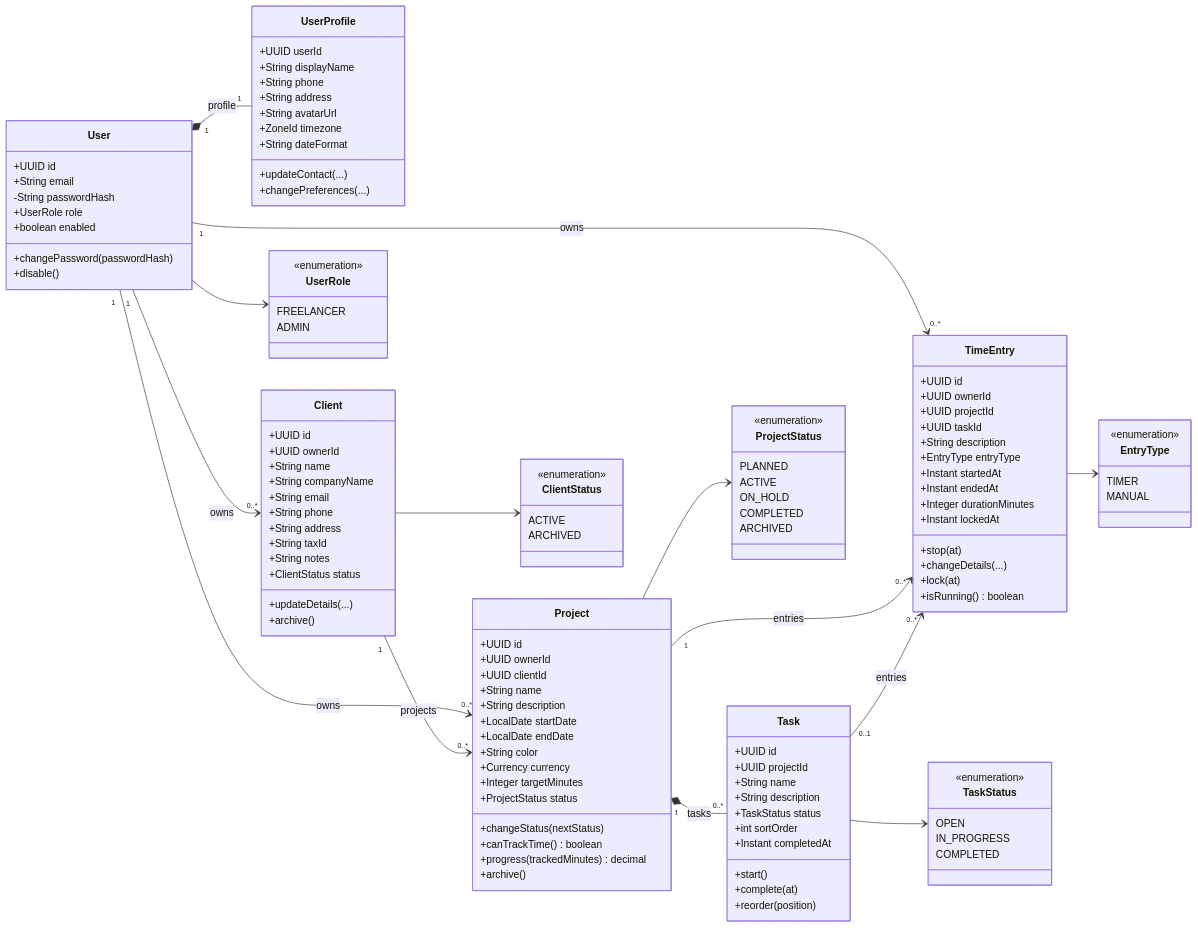
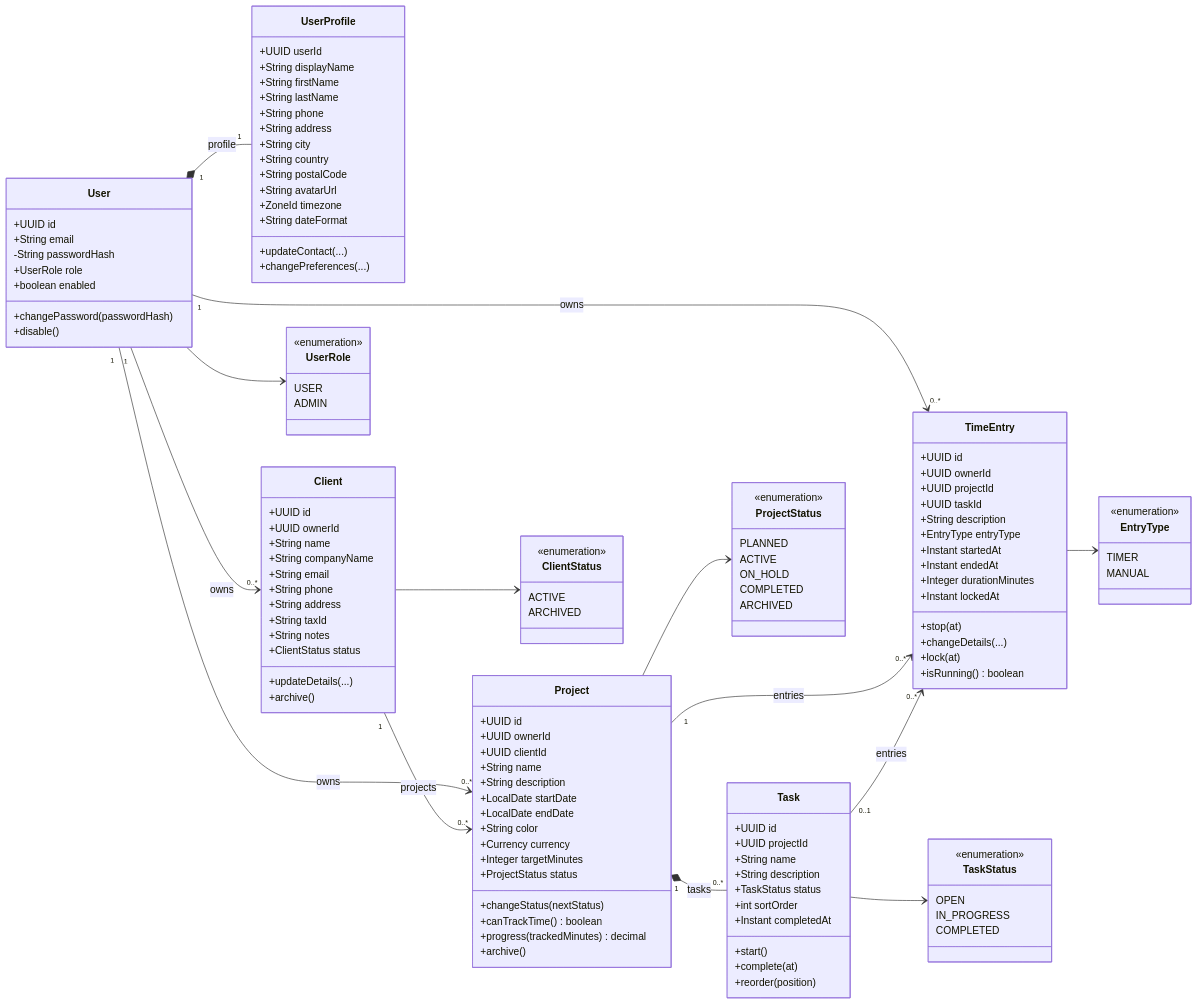
The diagram in doc/diagrams/class-diagram.md (lillianxhub/freelance-hub), drawn with Mermaid before and after one commit. The commit also changed 5 other files, not shown here.

Commit message:
feat: update User and UserProfile entities to use UUIDs and OffsetDateTime, enhance database migration scripts, and revise class and ER diagrams

```diff
--- a/doc/diagrams/class-diagram.md
+++ b/doc/diagrams/class-diagram.md
@@ -19,8 +19,13 @@
     class UserProfile {
         +UUID userId
         +String displayName
+        +String firstName
+        +String lastName
         +String phone
         +String address
+        +String city
+        +String country
+        +String postalCode
         +String avatarUrl
         +ZoneId timezone
         +String dateFormat
@@ -88,7 +93,7 @@
     }
     class UserRole {
         <<enumeration>>
-        FREELANCER
+        USER
         ADMIN
     }
     class ClientStatus {
```
